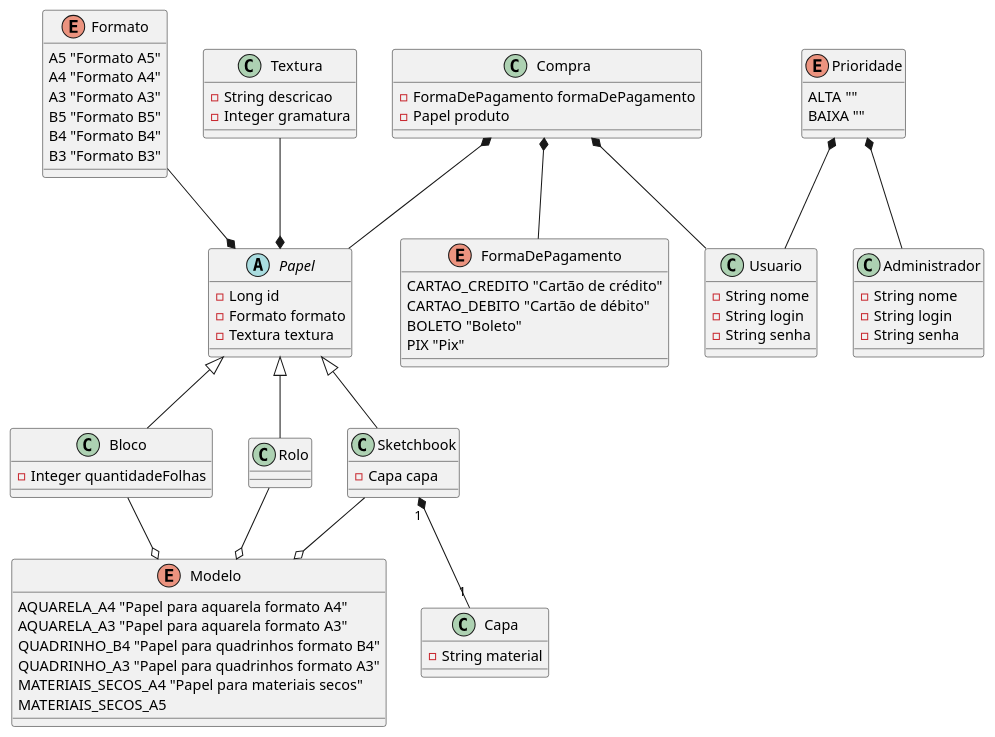
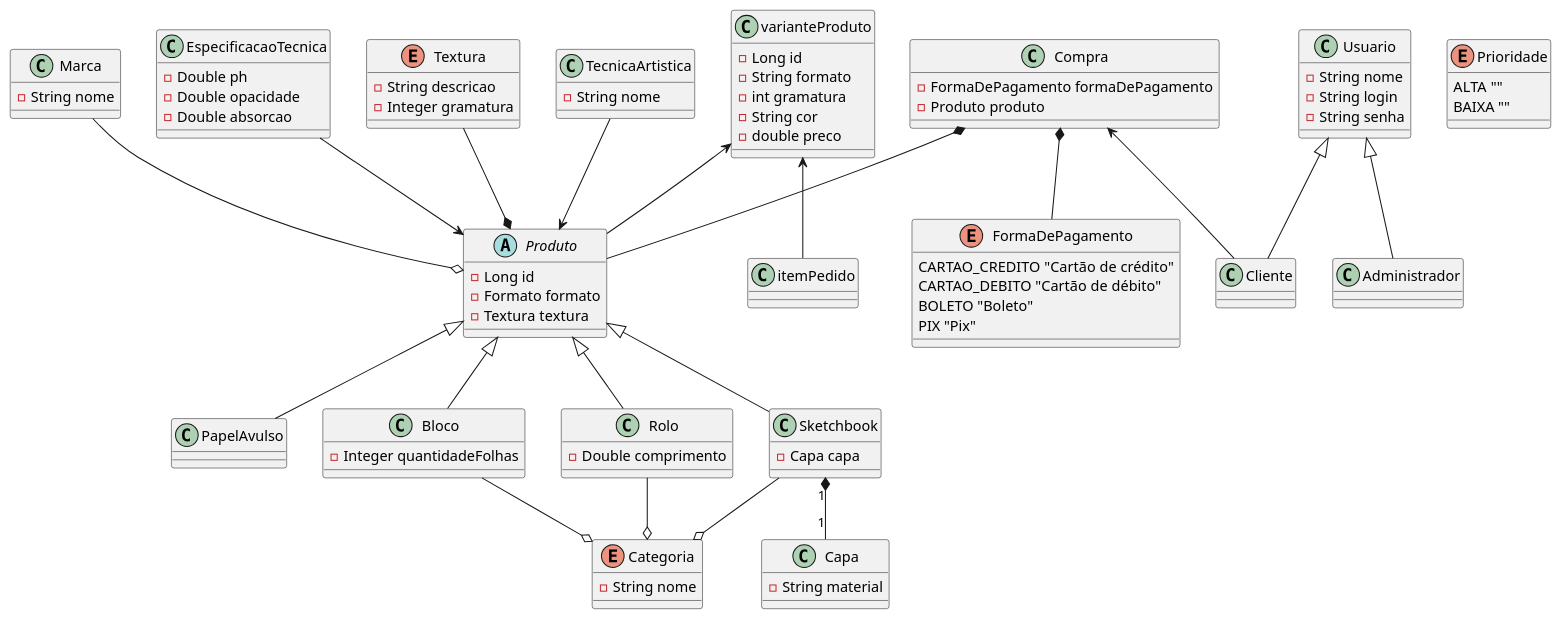
Before and after one commit to CauaCoelho/papeis-artisticos-tp1: the diagram in src/Diagram.puml, drawn with PlantUML. The commit also changed 12 other files, not shown here.

Commit message:
Novo diagrama

```diff
--- a/src/Diagram.puml
+++ b/src/Diagram.puml
@@ -1,100 +1,112 @@
 @startuml Diagram
 
-abstract class Papel {
--Long id 
--Formato formato 
--Textura textura 
-}
+ abstract class Produto {
+ -Long id 
+ -Formato formato 
+ -Textura textura 
+ }
 
+  class PapelAvulso {}
+
+ class TecnicaArtistica {
+  -String nome
+ }
  
-  class Sketchbook{
+ class Marca {
+-String nome
+ }
+ 
+ class Sketchbook{
  -Capa capa
-  }
+ }
  
  class Bloco {
  -Integer quantidadeFolhas
  }
 
   
- enum Formato{ 
-A5 "Formato A5"
-A4 "Formato A4"
-A3 "Formato A3"
-B5 "Formato B5"
-B4 "Formato B4"
-B3 "Formato B3"
+class varianteProduto{
+  -Long id
+  -String formato
+  -int gramatura
+  -String cor 
+  -double preco
+}
+ class Rolo {
+ -Double comprimento
+ }
 
-}
+ enum Categoria{
+ -String nome
+ }
  
- class Rolo {}
-
- enum Modelo{
- AQUARELA_A4 "Papel para aquarela formato A4" 
- AQUARELA_A3 "Papel para aquarela formato A3"
- QUADRINHO_B4 "Papel para quadrinhos formato B4"
- QUADRINHO_A3 "Papel para quadrinhos formato A3"
- MATERIAIS_SECOS_A4 "Papel para materiais secos" 
- MATERIAIS_SECOS_A5
+ class EspecificacaoTecnica{
+ -Double ph
+ -Double opacidade
+ -Double absorcao
  }
  
 class Capa {
 -String material
 }
 
-class Textura {
+enum Textura {
 -String descricao
 -Integer gramatura
 }
 
-Rolo --o Modelo 
-Bloco --o Modelo 
-Sketchbook --o Modelo 
+Rolo --o Categoria 
+Bloco --o Categoria 
+Sketchbook --o Categoria 
 
-
-Textura --* Papel
-Formato --* Papel
+Textura --* Produto
+varianteProduto <-- Produto
+varianteProduto <-- itemPedido
+EspecificacaoTecnica --> Produto
+Marca --o Produto
+TecnicaArtistica --> Produto
 
 Sketchbook "1"*--"1" Capa
 
 
-Papel <|-- Bloco
-Papel <|-- Rolo
-Papel <|-- Sketchbook
+
+Produto <|-- Bloco
+Produto <|-- Rolo
+Produto <|-- Sketchbook
+Produto <|-- PapelAvulso
  
 class Usuario {
 -String nome
 -String login
 -String senha
 }
+
+class Cliente {}
 
 enum FormaDePagamento{
 CARTAO_CREDITO "Cartão de crédito"
 CARTAO_DEBITO "Cartão de débito"
 BOLETO "Boleto"
 PIX "Pix"
 }
 
 class Compra {
 -FormaDePagamento formaDePagamento
--Papel produto
+-Produto produto
 }
 
-class Administrador {
--String nome
--String login
--String senha
-}
+class Administrador {}
 
 enum Prioridade{
 ALTA ""
 BAIXA ""
 }
 
-Compra *-- Usuario
-Compra *-- Papel
+Compra <-- Cliente
+Compra *-- Produto
 Compra *-- FormaDePagamento
 
-Prioridade *-- Administrador
-Prioridade *-- Usuario
+Usuario <|-- Administrador
+Usuario <|-- Cliente
 
 @enduml
```
